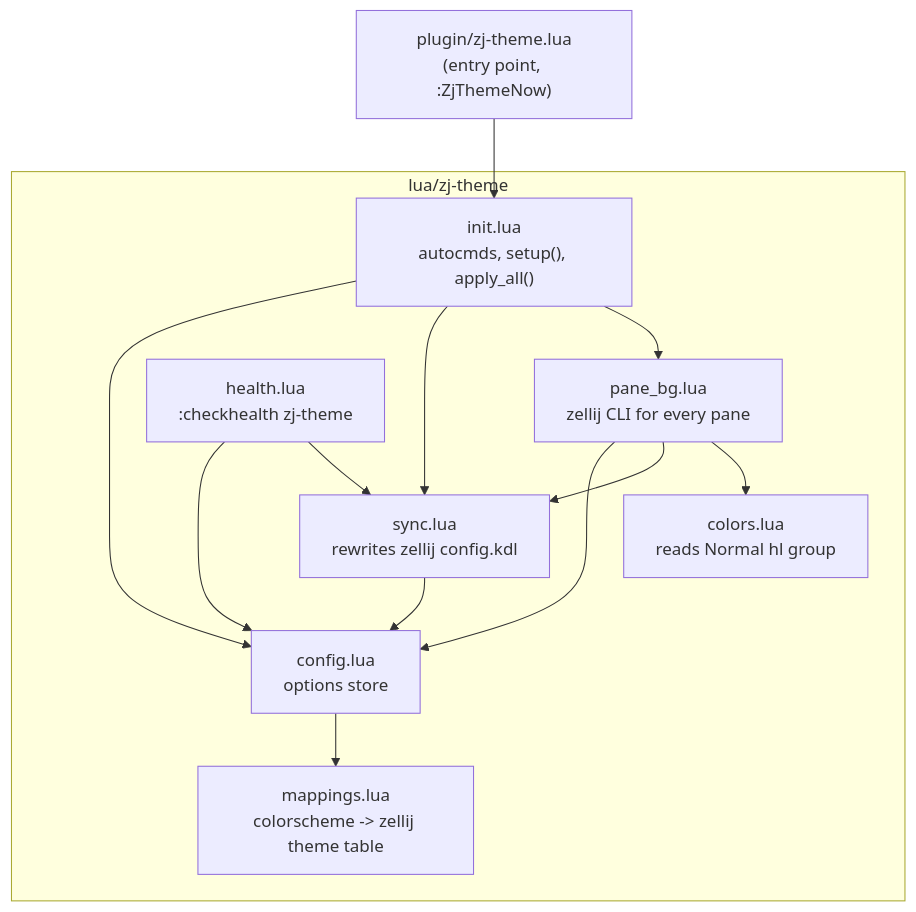
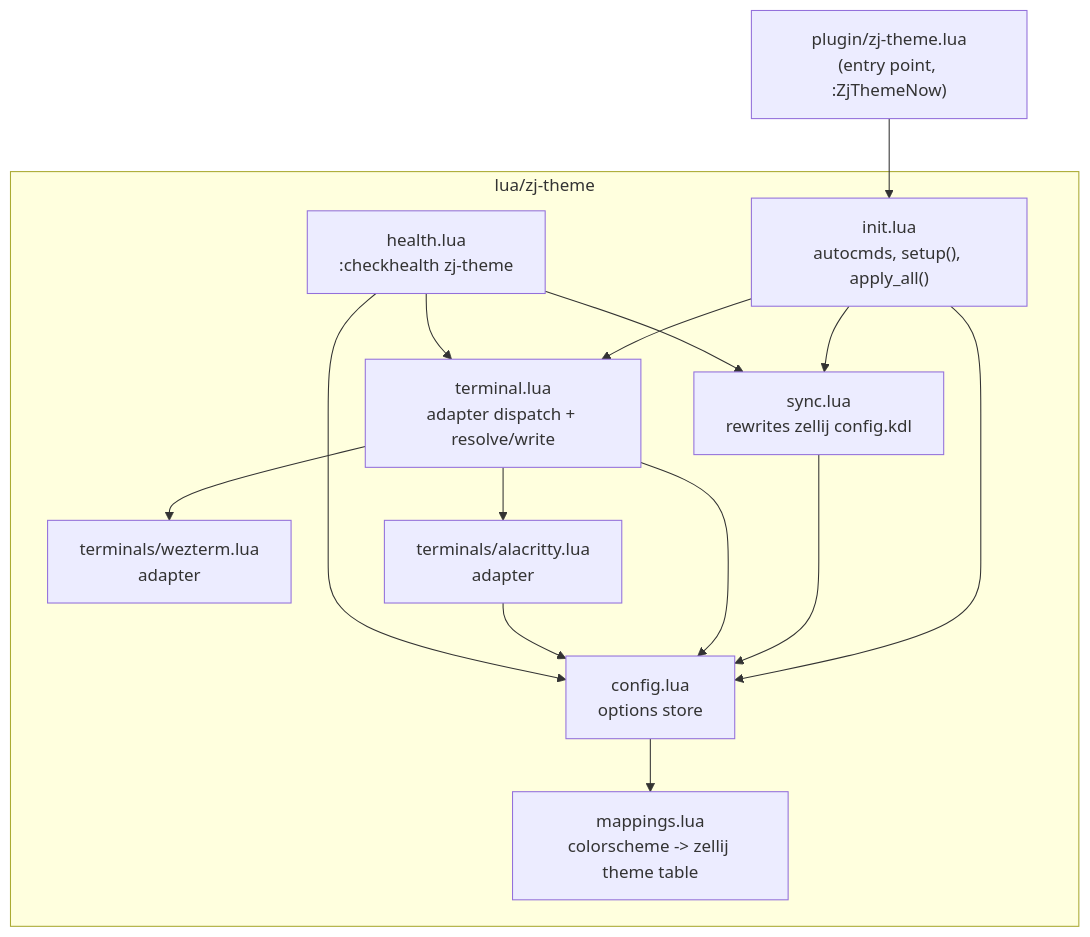
One commit to jaimeibanezrivera/zj-theme changed the second of 9 diagrams in ARCHITECTURE.md. Above: the diagram before and after it, drawn with Mermaid. The commit also changed other lines of this file and 18 other files, not shown here.

````diff
--- a/ARCHITECTURE.md
+++ b/ARCHITECTURE.md
@@ -30,28 +30,32 @@
 ```mermaid
 flowchart TD
     plugin["plugin/zj-theme.lua\n(entry point, :ZjThemeNow)"] --> init
 
     subgraph lua/zj-theme
         init["init.lua\nautocmds, setup(), apply_all()"]
         config["config.lua\noptions store"]
         mappings["mappings.lua\ncolorscheme -> zellij theme table"]
-        colors["colors.lua\nreads Normal hl group"]
         sync["sync.lua\nrewrites zellij config.kdl"]
-        pane_bg["pane_bg.lua\nzellij CLI for every pane"]
+        terminal["terminal.lua\nadapter dispatch + resolve/write"]
+        wezterm["terminals/wezterm.lua\nadapter"]
+        alacritty["terminals/alacritty.lua\nadapter"]
         health["health.lua\n:checkhealth zj-theme"]
     end
 
     init --> config
     init --> sync
-    init --> pane_bg
+    init --> terminal
 
     config --> mappings
 
     sync --> config
-    pane_bg --> config
-    pane_bg --> sync
-    pane_bg --> colors
+
+    terminal --> config
+    terminal --> wezterm
+    terminal --> alacritty
+    alacritty --> config
 
     health --> config
     health --> sync
+    health --> terminal
 ```
````
